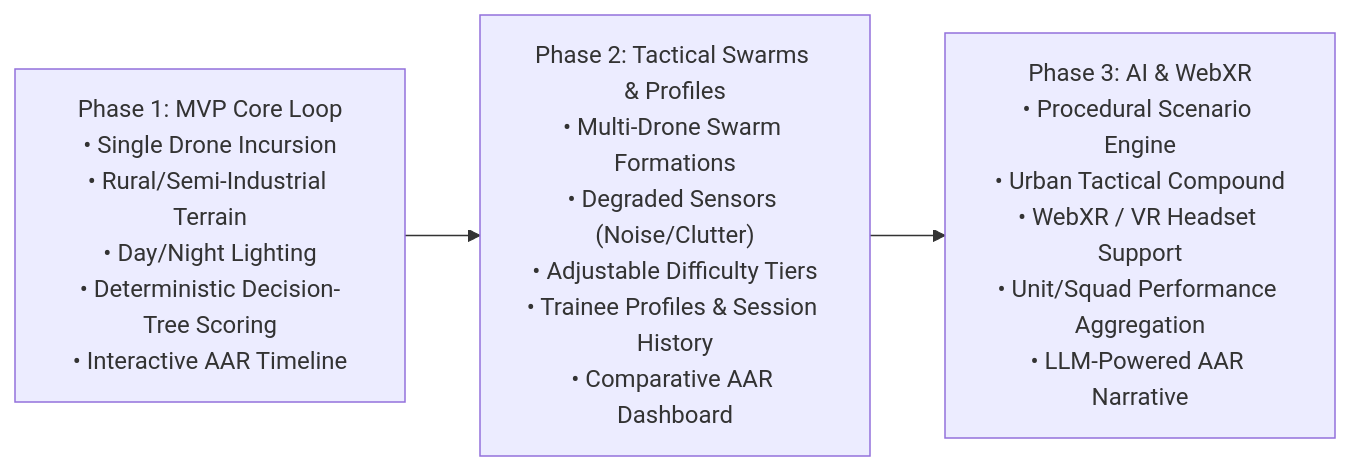
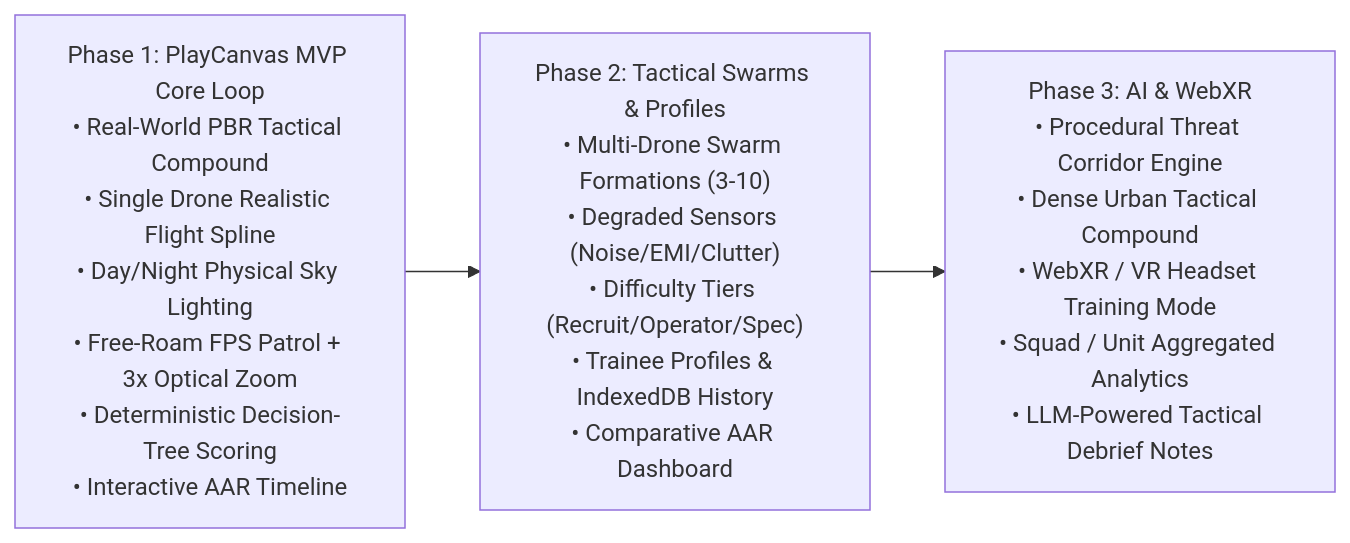
Before and after one commit to Subho4531/Project-Interceptor: the first of 2 diagrams in docs/PRD.md, drawn with Mermaid. The commit also changed other lines of this file and 15 other files, not shown here.

Commit message:
feat: adopt PlayCanvas WebGL/WebGPU engine architecture for Unreal-grade browser realism

````diff
--- a/docs/PRD.md
+++ b/docs/PRD.md
@@ -34,6 +35,6 @@
 ```mermaid
 flowchart LR
-    P1["Phase 1: MVP Core Loop<br/>• Single Drone Incursion<br/>• Rural/Semi-Industrial Terrain<br/>• Day/Night Lighting<br/>• Deterministic Decision-Tree Scoring<br/>• Interactive AAR Timeline"] 
-    --> P2["Phase 2: Tactical Swarms & Profiles<br/>• Multi-Drone Swarm Formations<br/>• Degraded Sensors (Noise/Clutter)<br/>• Adjustable Difficulty Tiers<br/>• Trainee Profiles & Session History<br/>• Comparative AAR Dashboard"]
-    --> P3["Phase 3: AI & WebXR<br/>• Procedural Scenario Engine<br/>• Urban Tactical Compound<br/>• WebXR / VR Headset Support<br/>• Unit/Squad Performance Aggregation<br/>• LLM-Powered AAR Narrative"]
+    P1["Phase 1: PlayCanvas MVP Core Loop<br/>• Real-World PBR Tactical Compound<br/>• Single Drone Realistic Flight Spline<br/>• Day/Night Physical Sky Lighting<br/>• Free-Roam FPS Patrol + 3x Optical Zoom<br/>• Deterministic Decision-Tree Scoring<br/>• Interactive AAR Timeline"] 
+    --> P2["Phase 2: Tactical Swarms & Profiles<br/>• Multi-Drone Swarm Formations (3-10)<br/>• Degraded Sensors (Noise/EMI/Clutter)<br/>• Difficulty Tiers (Recruit/Operator/Spec)<br/>• Trainee Profiles & IndexedDB History<br/>• Comparative AAR Dashboard"]
+    --> P3["Phase 3: AI & WebXR<br/>• Procedural Threat Corridor Engine<br/>• Dense Urban Tactical Compound<br/>• WebXR / VR Headset Training Mode<br/>• Squad / Unit Aggregated Analytics<br/>• LLM-Powered Tactical Debrief Notes"]
 ```
````
